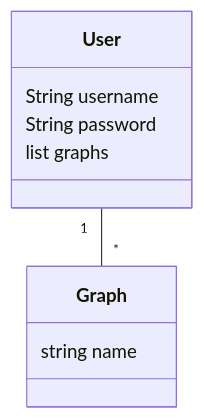
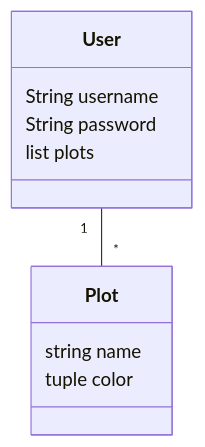
The diagram in documentation/architecture.md (ellapaella/ot-harjoitustyo-beta), drawn with Mermaid before and after one commit. The commit also changed 2 other files, not shown here.

````diff
--- a/documentation/architecture.md
+++ b/documentation/architecture.md
@@ -1,13 +1,14 @@
 ```mermaid   
  classDiagram
 	class User {
 	    String username
 	    String password
-	    list graphs
+	    list plots
 		}
-	class Graph {
+	class Plot {
 	    string name
+	    tuple color
 		}
 		
-    User "1" -- "*" Graph
+    User "1" -- "*" Plot
 ```
````
